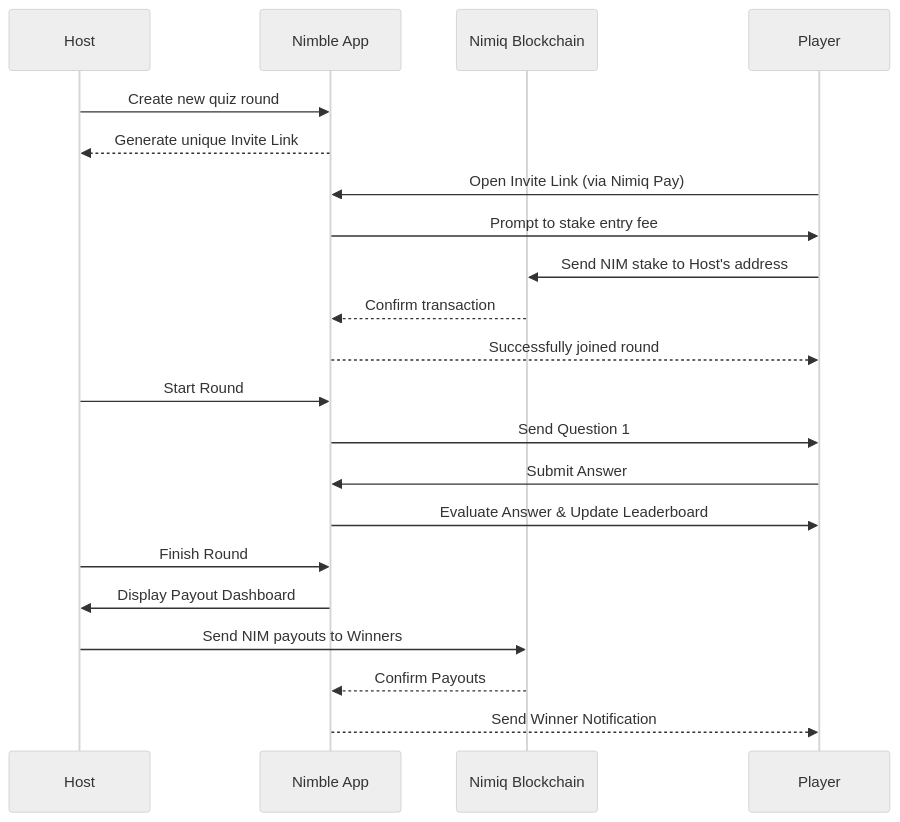
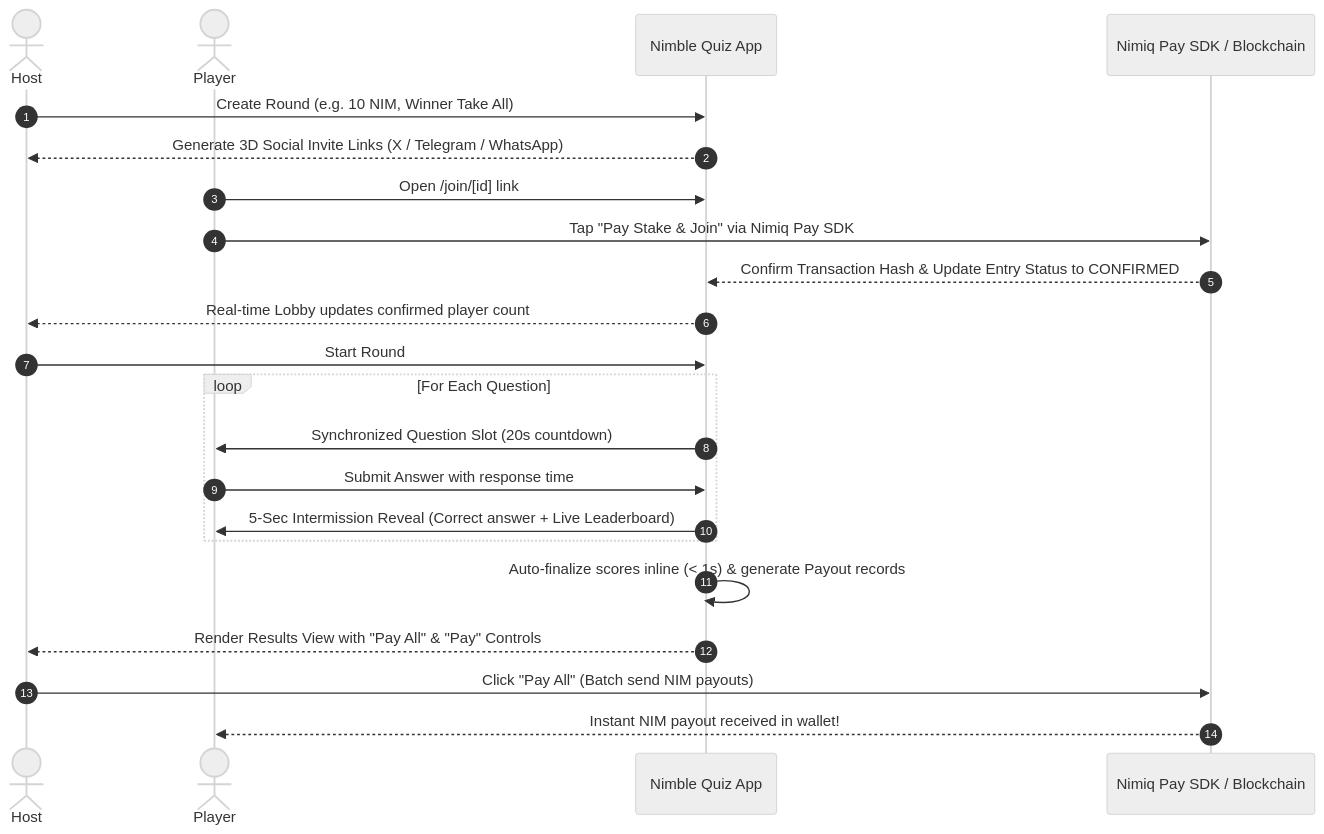
Before and after one commit to Skinny001/Nimble-Quiz: the diagram in README.md, drawn with Mermaid (neutral theme). The commit also changed other lines of this file and 2 other files, not shown here.

Commit message:
Update README.md to match Rosco GitHub standard and refine results view polling

````diff
--- a/README.md
+++ b/README.md
@@ -13,31 +88,32 @@
 ```mermaid
 sequenceDiagram
-    participant Host
-    participant Nimble App
-    participant Nimiq Blockchain
-    participant Player
+    autonumber
+    actor Host
+    actor Player
+    participant App as Nimble Quiz App
+    participant Nimiq as Nimiq Pay SDK / Blockchain
 
-    %% Phase 1: Creation
-    Host->>Nimble App: Create new quiz round
-    Nimble App-->>Host: Generate unique Invite Link
+    %% Phase 1: Round Creation & Invite
+    Host->>App: Create Round (e.g. 10 NIM, Winner Take All)
+    App-->>Host: Generate 3D Social Invite Links (X / Telegram / WhatsApp)
 
     %% Phase 2: Joining & Staking
-    Player->>Nimble App: Open Invite Link (via Nimiq Pay)
-    Nimble App->>Player: Prompt to stake entry fee
-    Player->>Nimiq Blockchain: Send NIM stake to Host's address
-    Nimiq Blockchain-->>Nimble App: Confirm transaction
-    Nimble App-->>Player: Successfully joined round
+    Player->>App: Open /join/[id] link
+    Player->>Nimiq: Tap "Pay Stake & Join" via Nimiq Pay SDK
+    Nimiq-->>App: Confirm Transaction Hash & Update Entry Status to CONFIRMED
+    App-->>Host: Real-time Lobby updates confirmed player count
 
-    %% Phase 3: Gameplay
-    Host->>Nimble App: Start Round
-    Nimble App->>Player: Send Question 1
-    Player->>Nimble App: Submit Answer
-    Nimble App->>Player: Evaluate Answer & Update Leaderboard
-    
-    %% Phase 4: Payouts
-    Host->>Nimble App: Finish Round
-    Nimble App->>Host: Display Payout Dashboard
-    Host->>Nimiq Blockchain: Send NIM payouts to Winners
-    Nimiq Blockchain-->>Nimble App: Confirm Payouts
-    Nimble App-->>Player: Send Winner Notification
+    %% Phase 3: Synchronized Gameplay
+    Host->>App: Start Round
+    loop For Each Question
+        App->>Player: Synchronized Question Slot (20s countdown)
+        Player->>App: Submit Answer with response time
+        App->>Player: 5-Sec Intermission Reveal (Correct answer + Live Leaderboard)
+    end
+
+    %% Phase 4: Sub-Second Auto-Finalization & Payouts
+    App->>App: Auto-finalize scores inline (< 1s) & generate Payout records
+    App-->>Host: Render Results View with "Pay All" & "Pay" Controls
+    Host->>Nimiq: Click "Pay All" (Batch send NIM payouts)
+    Nimiq-->>Player: Instant NIM payout received in wallet!
 ```
````
